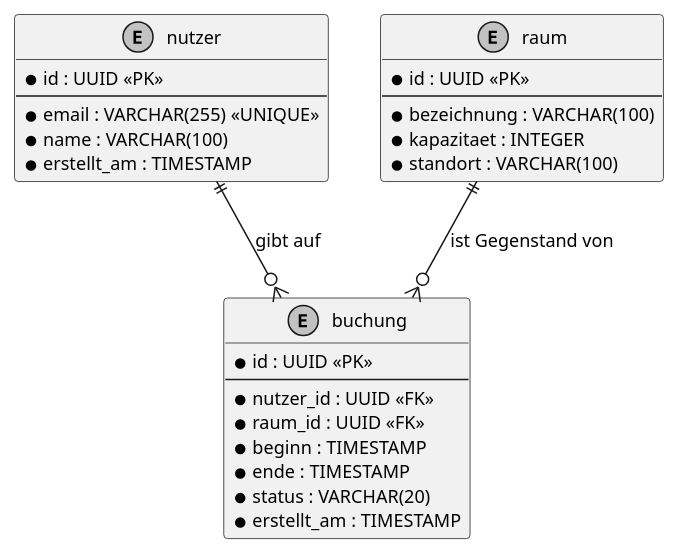
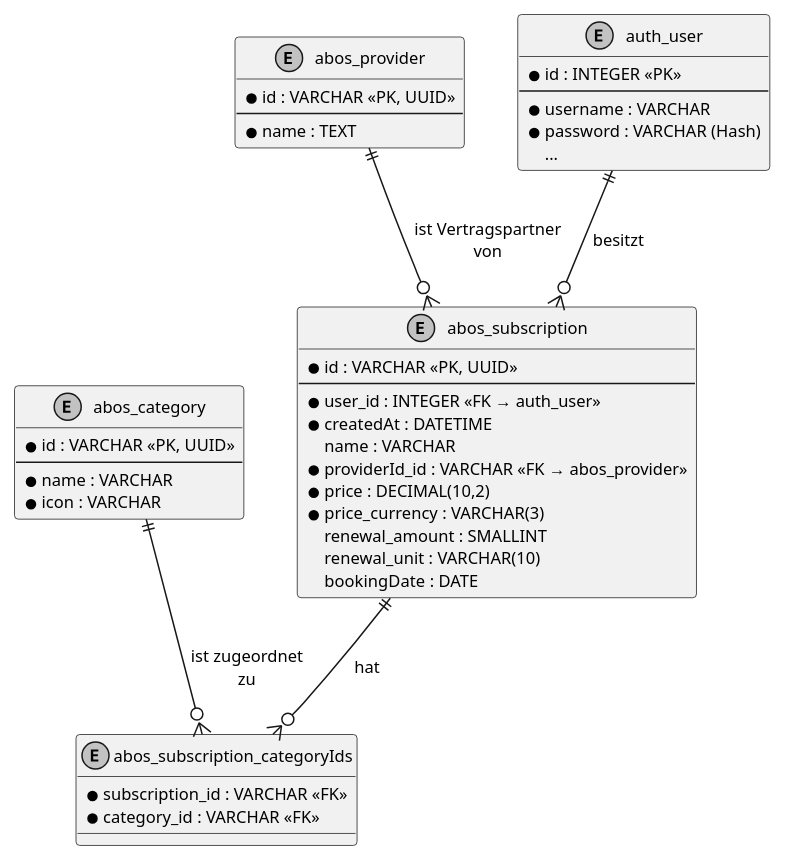
One commit to SE-Team-E1/SE-SubscriptionGuard changed the fourth of 4 diagrams in docs/technical/design.adoc. Above: the diagram before and after it, drawn with PlantUML. The commit also changed other lines of this file, not shown here.

```diff
--- a/docs/technical/design.adoc
+++ b/docs/technical/design.adoc
@@ -256,38 +299,53 @@
 [plantuml, data-model, svg]
 ....
 @startuml
 skinparam monochrome true
-skinparam defaultFontSize 12
+skinparam defaultFontSize 11
 
-entity "nutzer" as user {
-  * id : UUID <<PK>>
+entity "abos_category" as cat {
+  * id : VARCHAR <<PK, UUID>>
   --
-  * email : VARCHAR(255) <<UNIQUE>>
-  * name : VARCHAR(100)
-  * erstellt_am : TIMESTAMP
+  * name : VARCHAR
+  * icon : VARCHAR
 }
 
-entity "raum" as room {
-  * id : UUID <<PK>>
+entity "abos_provider" as prov {
+  * id : VARCHAR <<PK, UUID>>
   --
-  * bezeichnung : VARCHAR(100)
-  * kapazitaet : INTEGER
-  * standort : VARCHAR(100)
+  * name : TEXT
 }
 
-entity "buchung" as booking {
-  * id : UUID <<PK>>
+entity "abos_subscription" as sub {
+  * id : VARCHAR <<PK, UUID>>
   --
-  * nutzer_id : UUID <<FK>>
-  * raum_id : UUID <<FK>>
-  * beginn : TIMESTAMP
-  * ende : TIMESTAMP
-  * status : VARCHAR(20)
-  * erstellt_am : TIMESTAMP
+  * user_id : INTEGER <<FK → auth_user>>
+  * createdAt : DATETIME
+  name : VARCHAR
+  * providerId_id : VARCHAR <<FK → abos_provider>>
+  * price : DECIMAL(10,2)
+  * price_currency : VARCHAR(3)
+  renewal_amount : SMALLINT
+  renewal_unit : VARCHAR(10)
+  bookingDate : DATE
 }
 
-user ||--o{ booking : "gibt auf"
-room ||--o{ booking : "ist Gegenstand von"
+entity "abos_subscription_categoryIds" as sub_cat {
+  * subscription_id : VARCHAR <<FK>>
+  * category_id : VARCHAR <<FK>>
+}
+
+entity "auth_user" as user {
+  * id : INTEGER <<PK>>
+  --
+  * username : VARCHAR
+  * password : VARCHAR (Hash)
+  ...
+}
+
+user ||--o{ sub : "besitzt"
+prov ||--o{ sub : "ist Vertragspartner\nvon"
+sub ||--o{ sub_cat : "hat"
+cat ||--o{ sub_cat : "ist zugeordnet\nzu"
 
 @enduml
 ....
```
